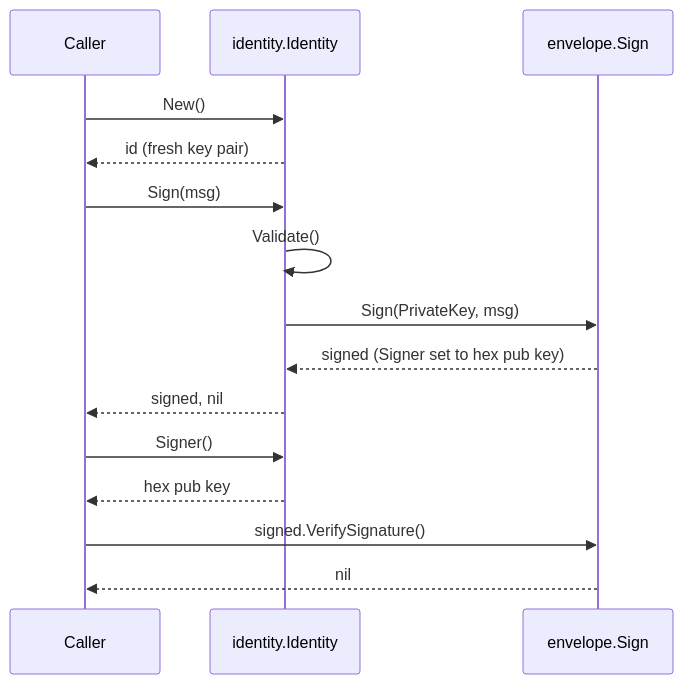
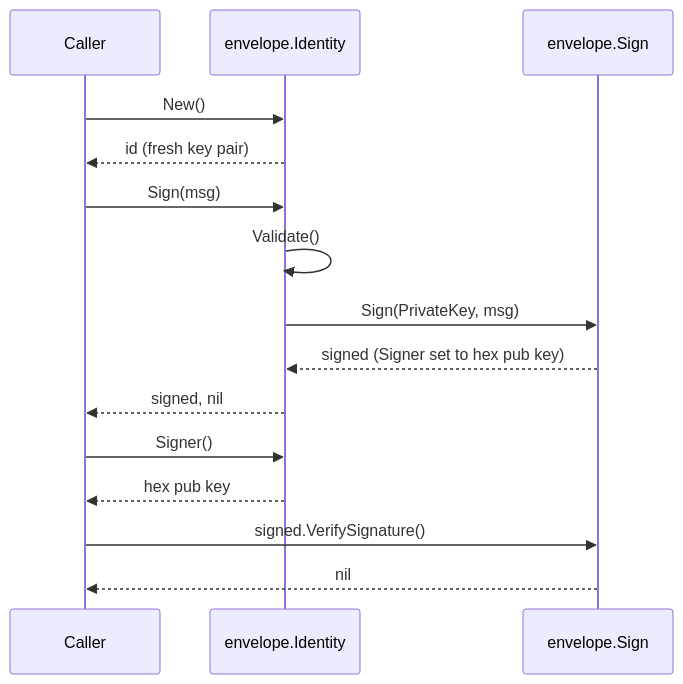
Before and after one commit to MiviaLabs/mivia-ai-sdk: the diagram in docs/examples/identity-agent-key.md, drawn with Mermaid. The commit also changed other lines of this file and 56 other files, not shown here.

````diff
--- a/docs/examples/identity-agent-key.md
+++ b/docs/examples/identity-agent-key.md
@@ -12,17 +12,17 @@
 ```mermaid
 sequenceDiagram
     participant Caller
-    participant Identity as identity.Identity
+    participant Identity as envelope.Identity
     participant Envelope as envelope.Sign
     Caller->>Identity: New()
     Identity-->>Caller: id (fresh key pair)
     Caller->>Identity: Sign(msg)
     Identity->>Identity: Validate()
     Identity->>Envelope: Sign(PrivateKey, msg)
     Envelope-->>Identity: signed (Signer set to hex pub key)
     Identity-->>Caller: signed, nil
     Caller->>Identity: Signer()
     Identity-->>Caller: hex pub key
     Caller->>Envelope: signed.VerifySignature()
     Envelope-->>Caller: nil
 ```
````
